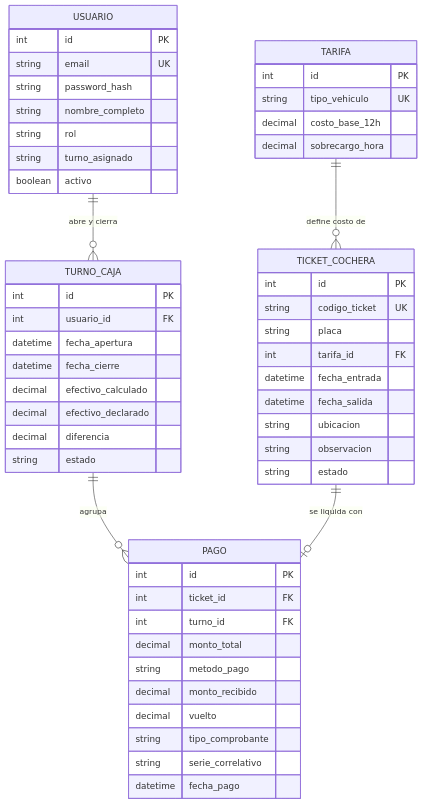
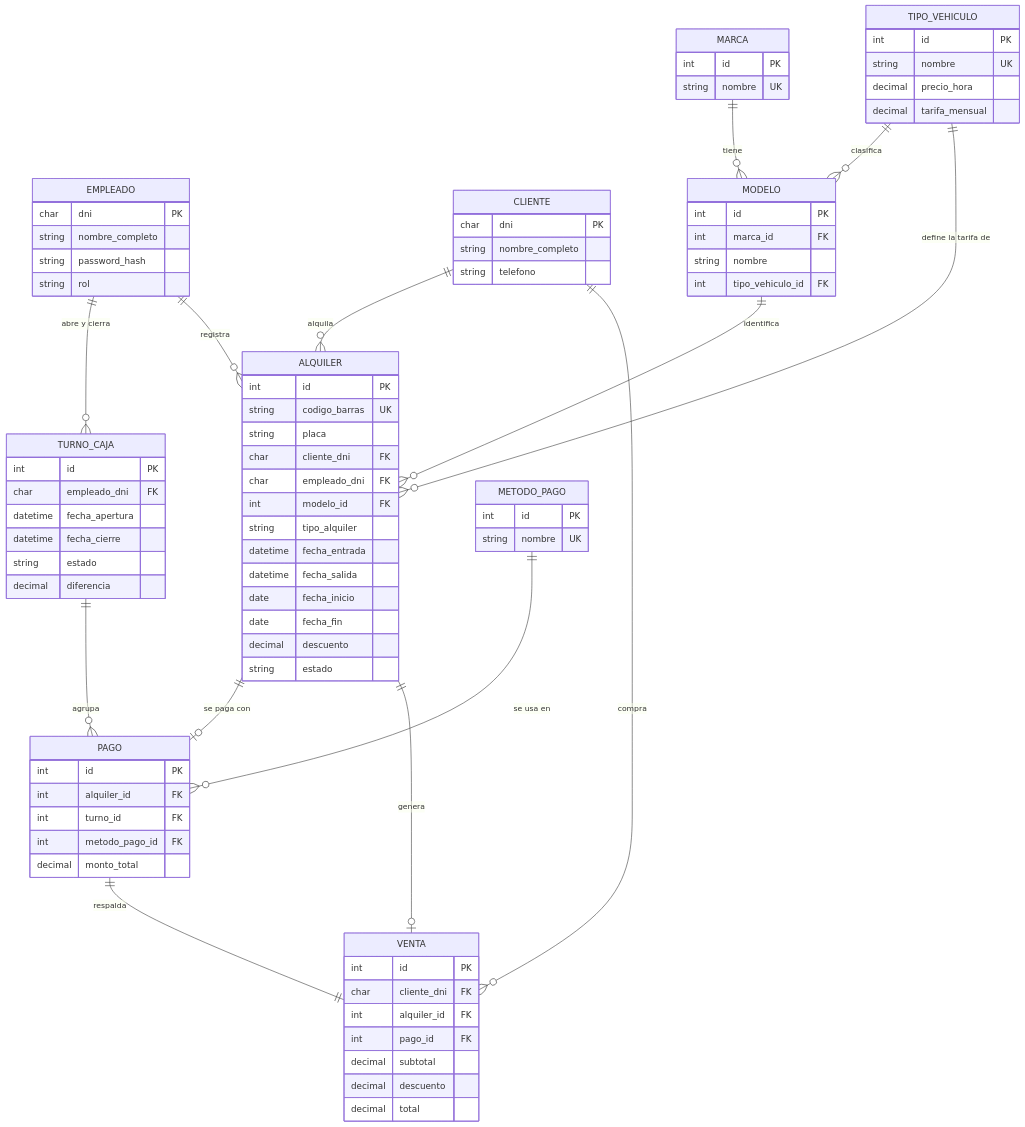
The diagram in README.md (Pame1611/Trabajo_BD), drawn with Mermaid before and after one commit. The commit also changed other lines of this file and 4 other files, not shown here.

First line of the commit message:
docs: README con instrucciones de ejecucion, base de datos y usuarios de prueba

````diff
--- a/README.md
+++ b/README.md
@@ -72,60 +154,27 @@
 ```mermaid
 erDiagram
-    USUARIO ||--o{ TURNO_CAJA : "abre y cierra"
+    EMPLEADO ||--o{ TURNO_CAJA : "abre y cierra"
+    EMPLEADO ||--o{ ALQUILER : "registra"
+    CLIENTE ||--o{ ALQUILER : "alquila"
+    CLIENTE ||--o{ VENTA : "compra"
+    MARCA ||--o{ MODELO : "tiene"
+    TIPO_VEHICULO ||--o{ MODELO : "clasifica"
+    TIPO_VEHICULO ||--o{ ALQUILER : "define la tarifa de"
+    MODELO ||--o{ ALQUILER : "identifica"
+    ALQUILER ||--o| PAGO : "se paga con"
     TURNO_CAJA ||--o{ PAGO : "agrupa"
-    TARIFA ||--o{ TICKET_COCHERA : "define costo de"
-    TICKET_COCHERA ||--o| PAGO : "se liquida con"
+    METODO_PAGO ||--o{ PAGO : "se usa en"
+    ALQUILER ||--o| VENTA : "genera"
+    PAGO ||--|| VENTA : "respalda"
 
-    USUARIO {
-        int id PK
-        string email UK
-        string password_hash
-        string nombre_completo
-        string rol
-        string turno_asignado
-        boolean activo
-    }
-
-    TURNO_CAJA {
-        int id PK
-        int usuario_id FK
-        datetime fecha_apertura
-        datetime fecha_cierre
-        decimal efectivo_calculado
-        decimal efectivo_declarado
-        decimal diferencia
-        string estado
-    }
-
-    TARIFA {
-        int id PK
-        string tipo_vehiculo UK
-        decimal costo_base_12h
-        decimal sobrecargo_hora
-    }
-
-    TICKET_COCHERA {
-        int id PK
-        string codigo_ticket UK
-        string placa
-        int tarifa_id FK
-        datetime fecha_entrada
-        datetime fecha_salida
-        string ubicacion
-        string observacion
-        string estado
-    }
-
-    PAGO {
-        int id PK
-        int ticket_id FK
-        int turno_id FK
-        decimal monto_total
-        string metodo_pago
-        decimal monto_recibido
-        decimal vuelto
-        string tipo_comprobante
-        string serie_correlativo
-        datetime fecha_pago
-    }
+    EMPLEADO { char dni PK  string nombre_completo  string password_hash  string rol }
+    CLIENTE { char dni PK  string nombre_completo  string telefono }
+    MARCA { int id PK  string nombre UK }
+    MODELO { int id PK  int marca_id FK  string nombre  int tipo_vehiculo_id FK }
+    TIPO_VEHICULO { int id PK  string nombre UK  decimal precio_hora  decimal tarifa_mensual }
+    ALQUILER { int id PK  string codigo_barras UK  string placa  char cliente_dni FK  char empleado_dni FK  int modelo_id FK  string tipo_alquiler  datetime fecha_entrada  datetime fecha_salida  date fecha_inicio  date fecha_fin  decimal descuento  string estado }
+    TURNO_CAJA { int id PK  char empleado_dni FK  datetime fecha_apertura  datetime fecha_cierre  string estado  decimal diferencia }
+    PAGO { int id PK  int alquiler_id FK  int turno_id FK  int metodo_pago_id FK  decimal monto_total }
+    VENTA { int id PK  char cliente_dni FK  int alquiler_id FK  int pago_id FK  decimal subtotal  decimal descuento  decimal total }
+    METODO_PAGO { int id PK  string nombre UK }
 ```
````
